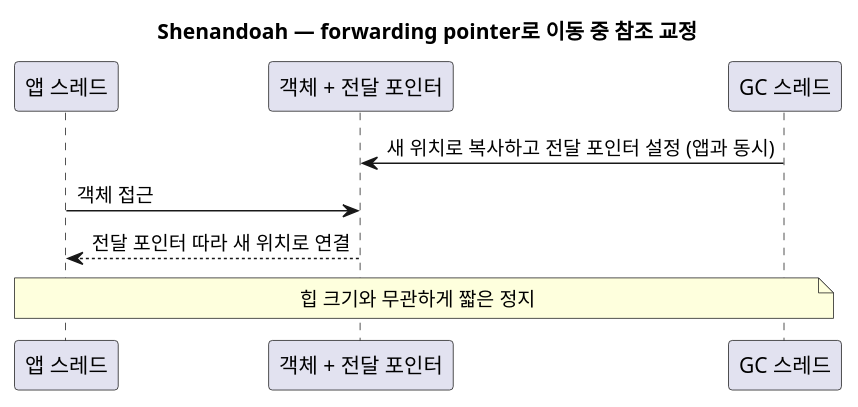
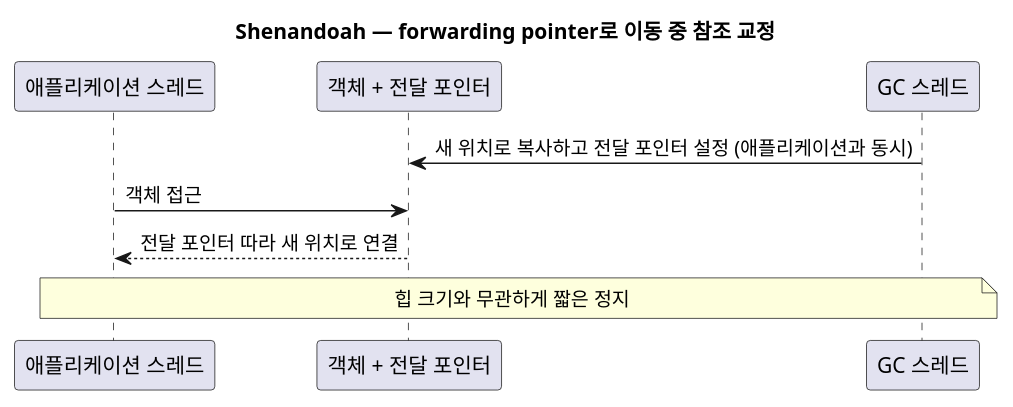
The eighth of 10 diagrams in blog/2026-08-18-java-gc-types.mdx (johnycho/johny-dev), drawn with PlantUML before and after one commit. The commit also changed other lines of this file and 49 other files, not shown here.

````diff
--- a/blog/2026-08-18-java-gc-types.mdx
+++ b/blog/2026-08-18-java-gc-types.mdx
@@ -305,12 +305,12 @@
 ```plantuml
 @startuml
 title Shenandoah — forwarding pointer로 이동 중 참조 교정
-participant "앱 스레드" as App
+participant "애플리케이션 스레드" as App
 participant "객체 + 전달 포인터" as Obj
 participant "GC 스레드" as GC
-GC -> Obj : 새 위치로 복사하고 전달 포인터 설정 (앱과 동시)
+GC -> Obj : 새 위치로 복사하고 전달 포인터 설정 (애플리케이션과 동시)
 App -> Obj : 객체 접근
 Obj --> App : 전달 포인터 따라 새 위치로 연결
 note over App, GC : 힙 크기와 무관하게 짧은 정지
 @enduml
 ```
````
